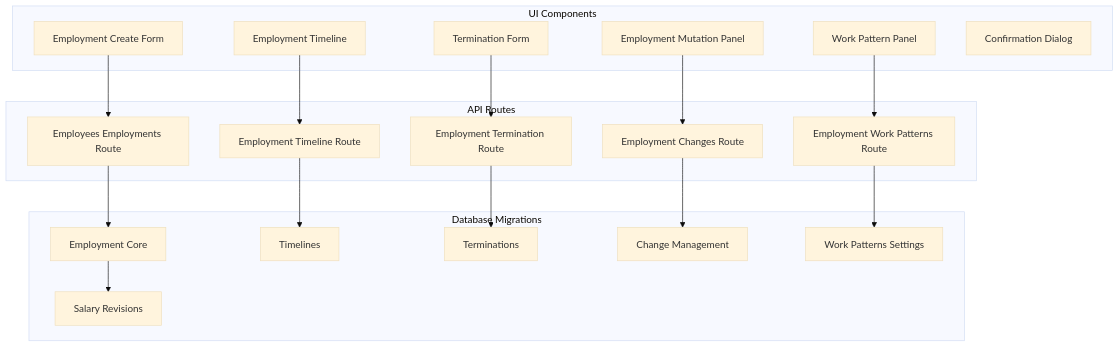
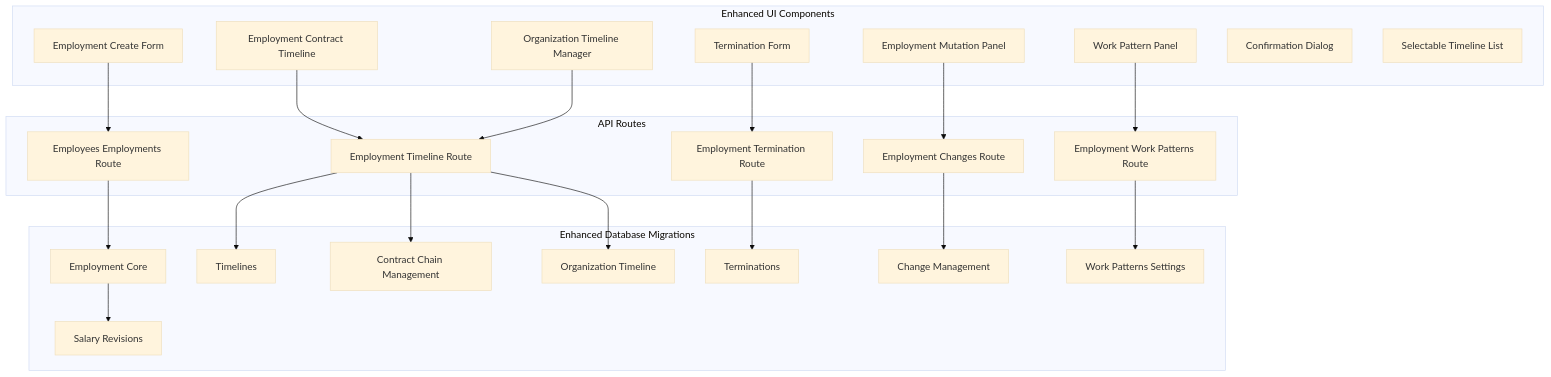
Before and after one commit to EdwinCycling/LiquidHR: the first of 11 diagrams in .qoder/repowiki/en/content/Core HR Module/Employment Lifecycle.md, drawn with Mermaid (base theme). The commit also changed other lines of this file and 73 other files, not shown here.

````diff
--- a/.qoder/repowiki/en/content/Core HR Module/Employment Lifecycle.md
+++ b/.qoder/repowiki/en/content/Core HR Module/Employment Lifecycle.md
@@ -45,37 +62,44 @@
 ```mermaid
 graph TB
-subgraph "UI Components"
+subgraph "Enhanced UI Components"
 CreateForm["Employment Create Form"]
-Timeline["Employment Timeline"]
+ContractTimeline["Employment Contract Timeline"]
+OrgTimelineManager["Organization Timeline Manager"]
 WorkPattern["Work Pattern Panel"]
 Termination["Termination Form"]
 MutationPanel["Employment Mutation Panel"]
 ConfirmDialog["Confirmation Dialog"]
+SelectableList["Selectable Timeline List"]
 end
 subgraph "API Routes"
 EmpRoute["Employees Employments Route"]
 ChangesRoute["Employment Changes Route"]
 TimelineRoute["Employment Timeline Route"]
 TerminationRoute["Employment Termination Route"]
 WorkPatternsRoute["Employment Work Patterns Route"]
 end
-subgraph "Database Migrations"
+subgraph "Enhanced Database Migrations"
 Core["Employment Core"]
 Timelines["Timelines"]
+ContractChain["Contract Chain Management"]
+OrgTimeline["Organization Timeline"]
 Terminations["Terminations"]
 ChangeMgmt["Change Management"]
 SalaryRev["Salary Revisions"]
 WorkPatterns["Work Patterns Settings"]
 end
 CreateForm --> EmpRoute
-Timeline --> TimelineRoute
+ContractTimeline --> TimelineRoute
+OrgTimelineManager --> TimelineRoute
 WorkPattern --> WorkPatternsRoute
 Termination --> TerminationRoute
 MutationPanel --> ChangesRoute
 EmpRoute --> Core
 TimelineRoute --> Timelines
+TimelineRoute --> ContractChain
+TimelineRoute --> OrgTimeline
 TerminationRoute --> Terminations
 ChangesRoute --> ChangeMgmt
 WorkPatternsRoute --> WorkPatterns
 Core --> SalaryRev
 ```
````
